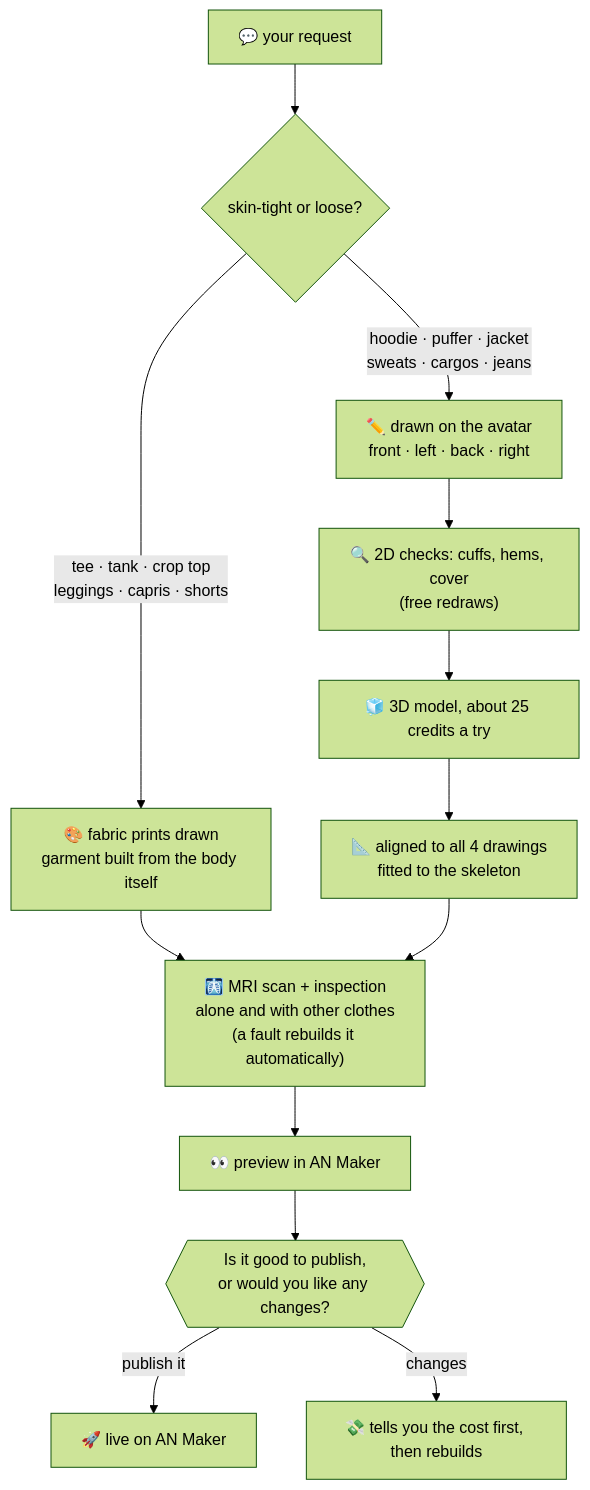
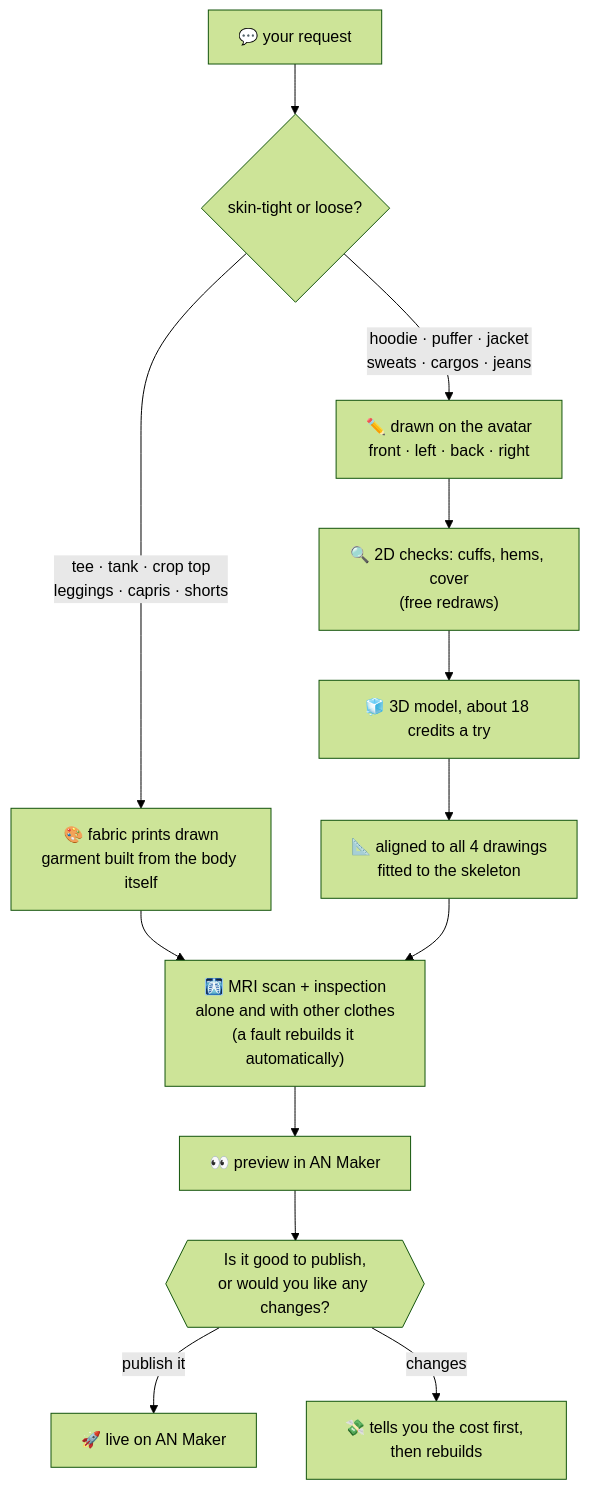
Before and after one commit to ImmortalWalrus/an-maker: the second of 2 diagrams in README.md, drawn with Mermaid (forest theme). The commit also changed other lines of this file and 12 other files, not shown here.

````diff
--- a/README.md
+++ b/README.md
@@ -87,15 +86,15 @@
 ```mermaid
 flowchart TD
     A["💬 your request"] --> B{"skin-tight or loose?"}
     B -- "tee · tank · crop top<br/>leggings · capris · shorts" --> T["🎨 fabric prints drawn<br/>garment built from the body itself"]
     B -- "hoodie · puffer · jacket<br/>sweats · cargos · jeans" --> D["✏️ drawn on the avatar<br/>front · left · back · right"]
     D --> C2["🔍 2D checks: cuffs, hems, cover<br/>(free redraws)"]
-    C2 --> M["🧊 3D model, about 25 credits a try"]
+    C2 --> M["🧊 3D model, about 18 credits a try"]
     M --> F["📐 aligned to all 4 drawings<br/>fitted to the skeleton"]
     T --> MRI["🩻 MRI scan + inspection<br/>alone and with other clothes<br/>(a fault rebuilds it automatically)"]
     F --> MRI
     MRI --> V["👀 preview in AN Maker"]
     V --> ASK{{"Is it good to publish,<br/>or would you like any changes?"}}
     ASK -- "publish it" --> LIVE["🚀 live on AN Maker"]
     ASK -- "changes" --> X["💸 tells you the cost first, then rebuilds"]
 ```
````
